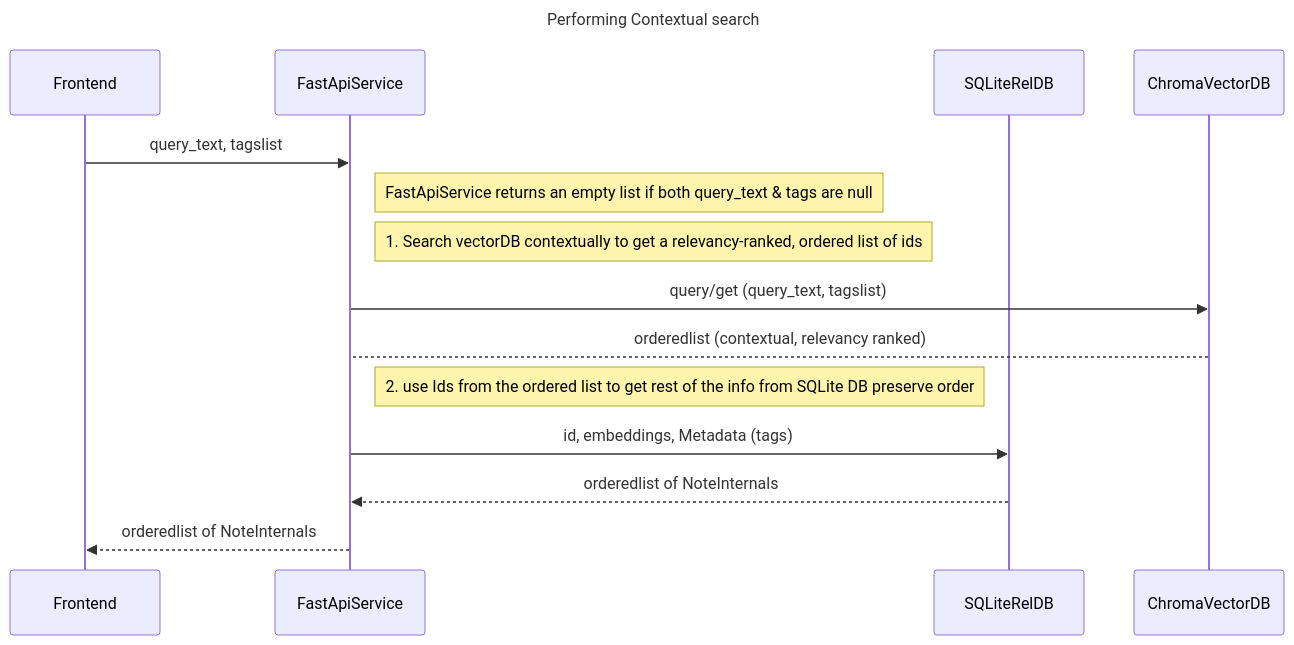
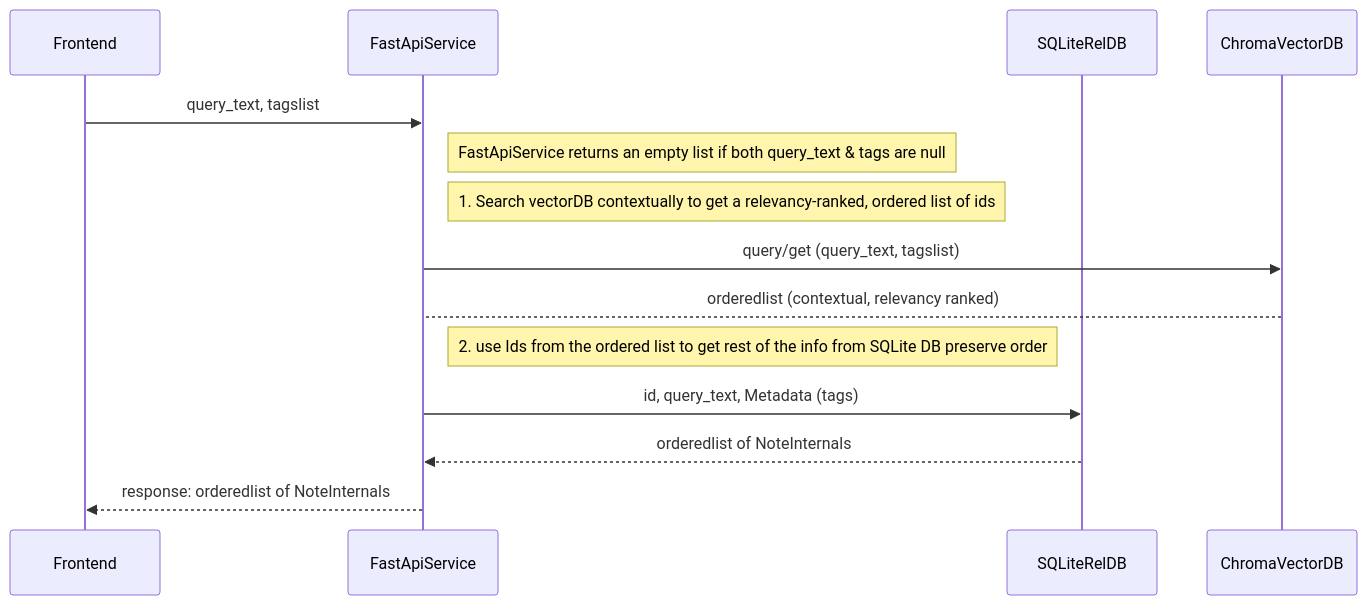
Before and after one commit to saclearn75/MemoryOS: the fourth of 4 diagrams in README.md, drawn with Mermaid. The commit also changed other lines of this file, not shown here.

````diff
--- a/README.md
+++ b/README.md
@@ -64,22 +100,19 @@
-```Mermaid
----
-title: Performing Contextual search
----
+```mermaid
 
 sequenceDiagram
     participant Frontend 
     participant FastApiService
     participant SQLiteRelDB
     participant ChromaVectorDB
     
     Frontend->>FastApiService: query_text, tagslist
     Note right of FastApiService: FastApiService returns an empty list if both query_text & tags are null
     Note right of FastApiService: 1. Search vectorDB contextually to get a relevancy-ranked, ordered list of ids
     FastApiService->>ChromaVectorDB: query/get (query_text, tagslist)
     ChromaVectorDB-->FastApiService: orderedlist (contextual, relevancy ranked)
     Note right of FastApiService: 2. use Ids from the ordered list to get rest of the info from SQLite DB preserve order
-    FastApiService->>SQLiteRelDB: id, embeddings, Metadata (tags)
+    FastApiService->>SQLiteRelDB: id, query_text, Metadata (tags)
     SQLiteRelDB-->>FastApiService: orderedlist of NoteInternals
-    FastApiService-->>Frontend: orderedlist of NoteInternals
+    FastApiService-->>Frontend: response: orderedlist of NoteInternals
 
 ```
````
